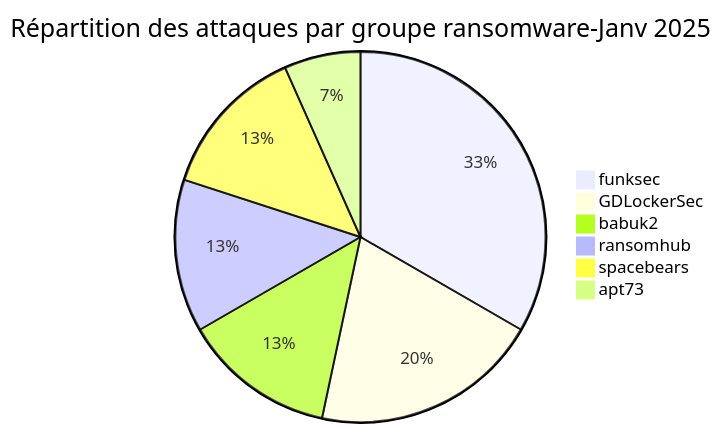
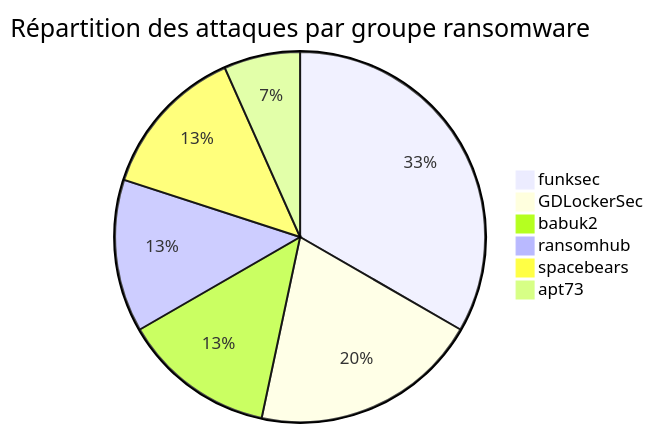
The first of 5 diagrams in reports/2025/01-january/README_FR.md (Hatchepsoute/AFRINTEL), drawn with Mermaid before and after one commit.

Commit message:
Rapport CTI : Cyberattaques en Afrique

````diff
--- a/reports/2025/01-january/README_FR.md
+++ b/reports/2025/01-january/README_FR.md
@@ -32,9 +32,9 @@
 ```mermaid
-pie title Répartition des attaques par groupe ransomware-Janv 2025
+pie title Répartition des attaques par groupe ransomware
     "funksec" : 5
     "GDLockerSec" : 3
     "babuk2" : 2
     "ransomhub" : 2
     "spacebears" : 2
     "apt73" : 1
 ```
````
